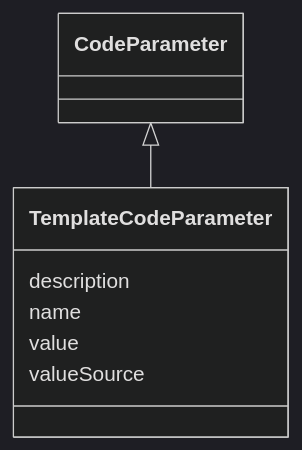
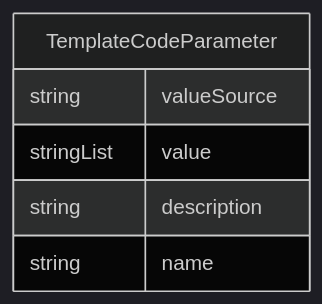
Before and after one commit to cdisc-org/analysis-results-standard: the diagram in project/docs/TemplateCodeParameter.md, drawn with Mermaid (dark theme). The commit also changed 131 other files, not shown here.

Commit message:
Add top-level diagram to documentation

````diff
--- a/project/docs/TemplateCodeParameter.md
+++ b/project/docs/TemplateCodeParameter.md
@@ -14,15 +13,12 @@
 ```mermaid
- classDiagram
-    class TemplateCodeParameter
-      CodeParameter <|-- TemplateCodeParameter
-      
-      TemplateCodeParameter : description
-        
-      TemplateCodeParameter : name
-        
-      TemplateCodeParameter : value
-        
-      TemplateCodeParameter : valueSource
-        
-      
+erDiagram
+TemplateCodeParameter {
+    string valueSource  
+    stringList value  
+    string description  
+    string name  
+}
+
+
+
 ```
````
